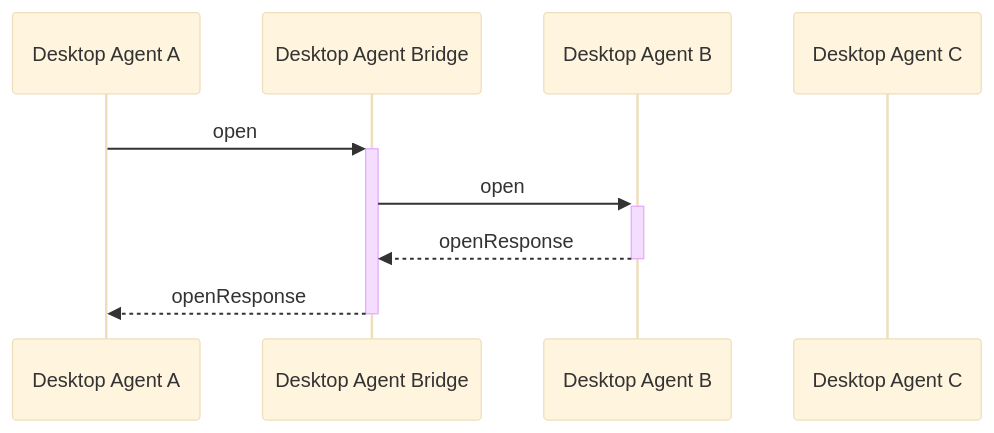
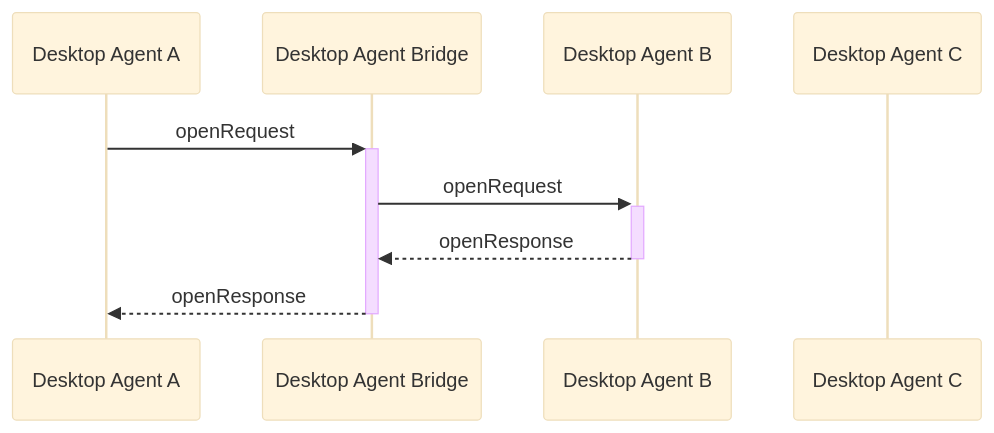
One commit to finos/FDC3 changed the diagram in docs/api-bridging/ref/open.md. Above: the diagram before and after it, drawn with Mermaid (base theme). The commit also changed other lines of this file and 42 other files, not shown here.

First line of the commit message:
Adding schema links to bridging ref docs + corrections

````diff
--- a/docs/api-bridging/ref/open.md
+++ b/docs/api-bridging/ref/open.md
@@ -41,11 +41,11 @@
 ```mermaid
 sequenceDiagram
     participant DA as Desktop Agent A
     participant DAB as Desktop Agent Bridge
     participant DB as Desktop Agent B
     participant DC as Desktop Agent C
-    DA ->>+ DAB: open
-    DAB ->>+ DB: open
+    DA ->>+ DAB: openRequest
+    DAB ->>+ DB: openRequest
     DB -->>- DAB: openResponse
     DAB -->>- DA: openResponse
 ```
````
